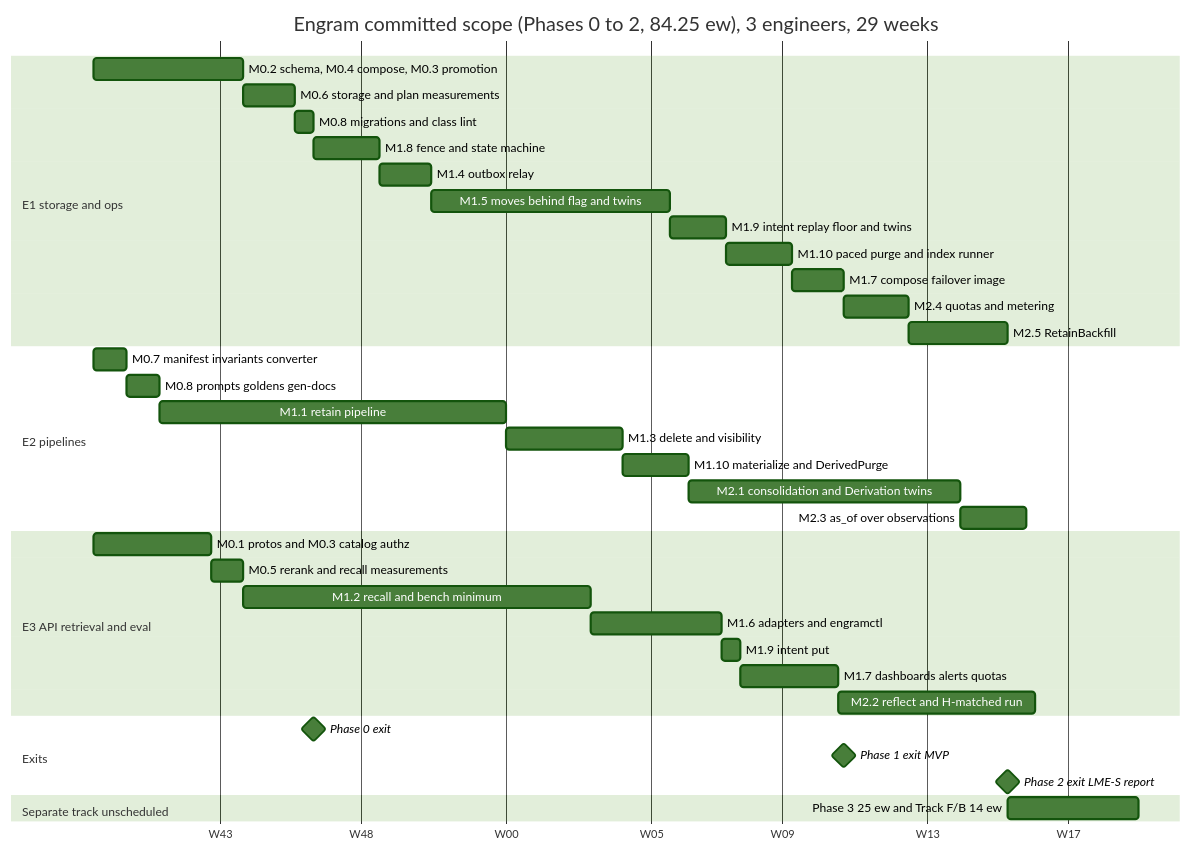
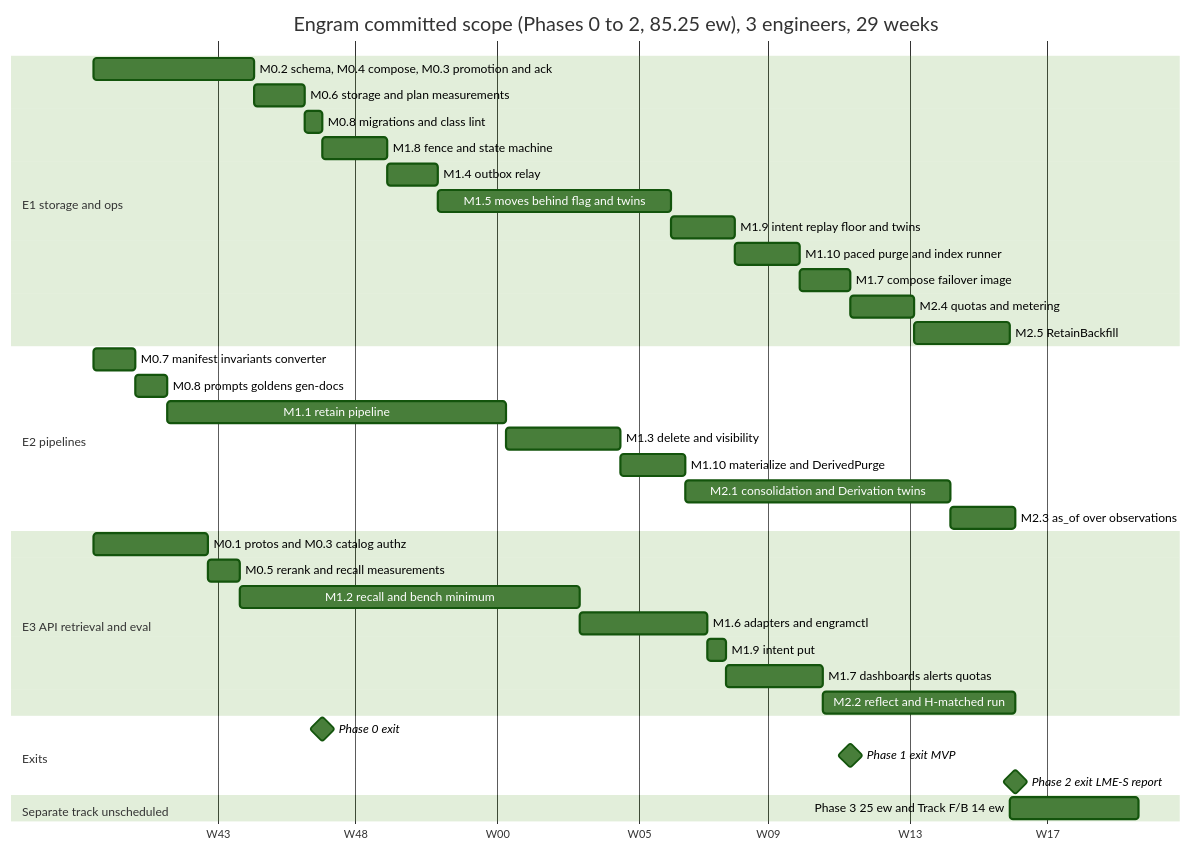
Before and after one commit to gstamatakis95/agent-memory-benchmark: the diagram in plans/engram/sections/10-roadmap.md, drawn with Mermaid (forest theme). The commit also changed other lines of this file and 41 other files, not shown here.

````diff
--- a/plans/engram/sections/10-roadmap.md
+++ b/plans/engram/sections/10-roadmap.md
@@ -127,40 +120,40 @@
 ```mermaid
 gantt
-  title Engram committed scope (Phases 0 to 2, 84.25 ew), 3 engineers, 29 weeks
+  title Engram committed scope (Phases 0 to 2, 85.25 ew), 3 engineers, 29 weeks
   dateFormat  YYYY-MM-DD
   axisFormat  W%W
   section E1 storage and ops
-  M0.2 schema, M0.4 compose, M0.3 promotion :e1a, 2026-10-05, 32d
+  M0.2 schema, M0.4 compose, M0.3 promotion and ack :e1a, 2026-10-05, 35d
   M0.6 storage and plan measurements     :e1b, after e1a, 11d
   M0.8 migrations and class lint         :e1d, after e1b, 4d
   M1.8 fence and state machine           :e1e, after e1d, 14d
   M1.4 outbox relay                      :e1f, after e1e, 11d
   M1.5 moves behind flag and twins        :e1g, after e1f, 51d
-  M1.9 intent replay floor and twins    :e1h, after e1g, 12d
+  M1.9 intent replay floor and twins    :e1h, after e1g, 14d
   M1.10 paced purge and index runner     :e1i, after e1h, 14d
   M1.7 compose failover image            :e1j, after e1i, 11d
   M2.4 quotas and metering               :e1k, after e1j, 14d
   M2.5 RetainBackfill                    :e1l, after e1k, 21d
   section E2 pipelines
-  M0.7 manifest invariants converter       :e2a, 2026-10-05, 7d
+  M0.7 manifest invariants converter       :e2a, 2026-10-05, 9d
   M0.8 prompts goldens gen-docs          :e2b, after e2a, 7d
   M1.1 retain pipeline                   :e2c, after e2b, 74d
   M1.3 delete and visibility             :e2d, after e2c, 25d
   M1.10 materialize and DerivedPurge     :e2e, after e2d, 14d
   M2.1 consolidation and Derivation twins :e2f, after e2e, 58d
   M2.3 as_of over observations           :e2g, after e2f, 14d
   section E3 API retrieval and eval
   M0.1 protos and M0.3 catalog authz     :e3a, 2026-10-05, 25d
   M0.5 rerank and recall measurements    :e3b, after e3a, 7d
   M1.2 recall and bench minimum          :e3c, after e3b, 74d
   M1.6 adapters and engramctl            :e3d, after e3c, 28d
   M1.9 intent put                        :e3e, after e3d, 4d
   M1.7 dashboards alerts quotas          :e3f, after e3e, 21d
   M2.2 reflect and H-matched run         :e3g, after e3f, 42d
   section Exits
   Phase 0 exit                           :milestone, after e1d, 0d
   Phase 1 exit MVP                       :milestone, after e1j, 0d
-  Phase 2 exit LME-S report              :milestone, after e1l, 0d
+  Phase 2 exit LME-S report              :milestone, after e3g, 0d
   section Separate track unscheduled
   Phase 3 25 ew and Track F/B 14 ew      :sep, after e1l, 28d
 ```
````
